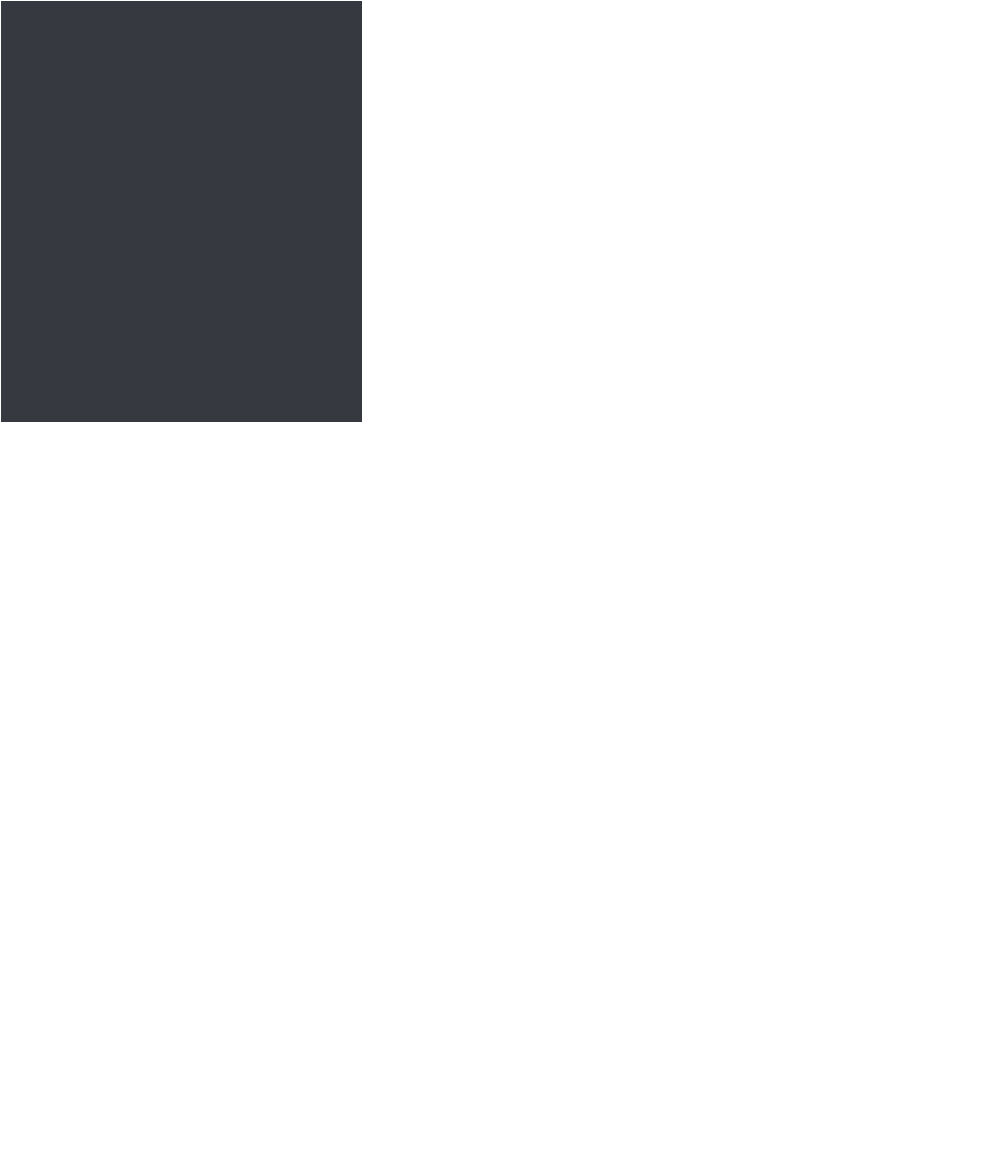
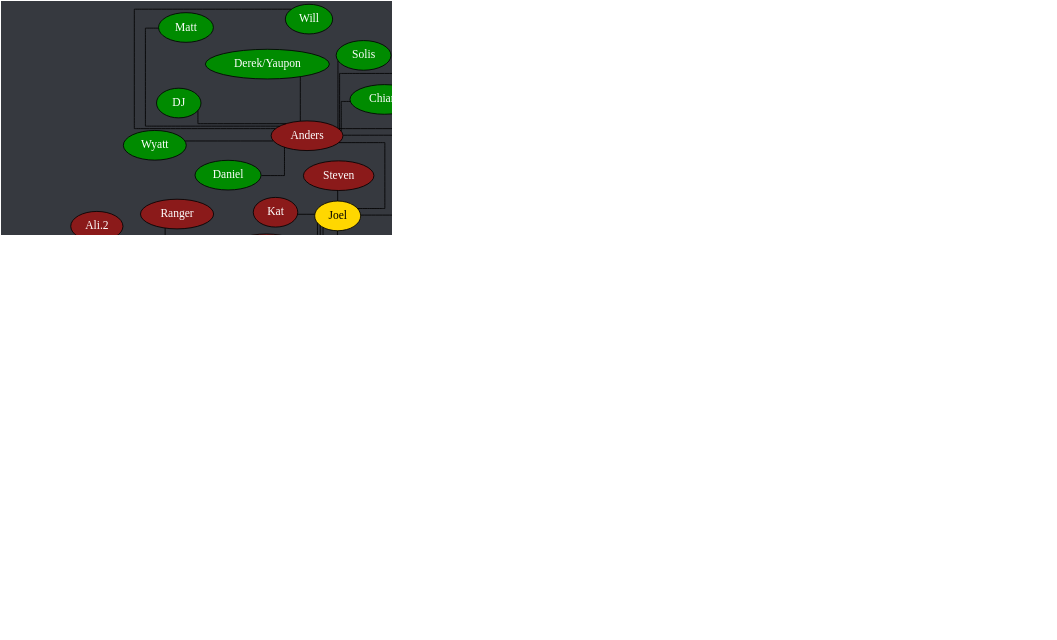
One commit to Documidas/CoronaCatzFamilyTree changed the diagram in tree.dot. Above: the diagram before and after it, drawn with Graphviz. The commit also changed 1 other file, not shown here.

Commit message:
Remove Jade

```diff
--- a/tree.dot
+++ b/tree.dot
@@ -1,161 +1,160 @@
 strict graph {
 	// Layout Configuration
 	layout = neato;
 	dpi = 200;
 	epsilon = 0.01;
 	mode = major;
 	model = subset;
 	overlap = false;
 	splines = ortho;
 	start = rand;
 
 	// Visual Configuration
 	graph [ truecolor=true bgcolor="#36393f" ];
 	node [ style=filled fillcolor="gray" fontcolor="black" ];
 
 	subgraph "Joel" {
 		node [ style=filled fillcolor="firebrick4" fontcolor="white" ];
 		Joel [ style=filled fillcolor="gold" fontcolor="black" ];
 
 		Cayla -- "Ali.2";
 		Cayla -- Jonathan;
 		Cayla -- Kate;
 		Cayla -- Ranger;
 		Joel -- Anders;
 		Joel -- Cayla;
 		Joel -- Conner;
 		Joel -- Jared;
 		Joel -- Kat;
 		Joel -- Patrick;
 		Joel -- Steven;
 		Joel -- Zach;
 	}
 
 	subgraph "Anders" {
 		node [ style=filled fillcolor="green4" fontcolor="white" ];
 		// Anders [ style=filled fillcolor="green4" fontcolor="white" ];
 
 		Anders -- Chiara;
 		Anders -- Cody;
 		Anders -- Daniel;
 		Anders -- "Derek/Yaupon";
 		Anders -- DJ;
 		Anders -- Hahnur;
 		Anders -- Jen;
 		Anders -- Matt;
 		Anders -- Solis;
 		Anders -- Will;
 		Anders -- Wyatt;
 	}
 
 	subgraph "Jared" {
 		node [ style=filled fillcolor="royalblue" fontcolor="black" ];
 		// Jared [ style=filled fillcolor="royalblue" fontcolor="black" ];
 
 		Andrew -- Hannah;
 		Dave -- Everett;
 		Donnie -- Bryan;
 		Donnie -- Michael;
 		Greg -- "Ali.1";
 		Greg -- Andrew;
 		Hannah -- Logan;
 		Isaiah -- "Jack.2";
 		Jared -- Brandi;
 		Jared -- Dave;
 		Jared -- Donnie;
 		Jared -- Fabi;
 		Jared -- Greg;
 		Jared -- Isabelle;
 		Jared -- Mason;
 		Jared -- Mehmet;
 		Jared -- Nam;
 		Jared -- Rin;
 		Jared -- Spencer;
 		Jared -- Tyler;
 		Jared -- "Zach/Laniakea";
 		Jared -- "Zöe";
 		Logan -- Raana;
 		Michael -- Troy;
 		Rin -- Isaiah;
 		Tyler -- America;
 		Tyler -- Gaby;
 		Troy -- Drake;
 		Troy -- Klein;
 	}
 
 	subgraph "Zach/Laniakea" {
 		node [ style=filled fillcolor="#4eff2c" fontcolor="black" ];
 		// "Zach/Laniakea" [ style=filled fillcolor="#4eff2c" fontcolor="black" ];
 
 		"Caio.2" -- "Kyle.1";
 		"Caio.2" -- Lucas;
-		Colin -- Jade;
 		"Zach/Laniakea" -- Allen;
 		"Zach/Laniakea" -- "Caio.2";
 		"Zach/Laniakea" -- Colin;
 		"Zach/Laniakea" -- John;
 		"Zach/Laniakea" -- Kevin;
 		"Zach/Laniakea" -- "Kyle.0";
 		"Zach/Laniakea" -- Mike;
 		"Zach/Laniakea" -- Ryan;
 	}
 
 	subgraph "John" {
 		node [ style=filled fillcolor="#c89b3c" fontcolor="black" ];
 		// John [ style=filled fillcolor="#c89b3c" fontcolor="black" ];
 
 		Haber -- "Derek/Nomad";
 		John -- Anna;
 		John -- Emily;
 		John -- Haber;
 		John -- Jay;
 		John -- Jack;
 		John -- Lara;
 		John -- Monarch;
 		John -- "Oliger/Leanza";
 		John -- Thomas;
 	}
 
 	subgraph "John-stream" {
 		// node [ style=filled fillcolor="#9147ff" fontcolor="black" ];
 		node [ style=filled fillcolor="#c89b3c" fontcolor="black" ];
 
 		John -- Izzy;
 		John -- "Michael/Wheezy";
 		John -- Robby;
 	}
 
 	subgraph "Thomas" {
 		node [ style=filled fillcolor="#b04900" fontcolor="black" ];
 		// Thomas [ style=filled fillcolor="#b04900" fontcolor="black" ];
 
 		Thomas -- Alex;
 		Thomas -- JD;
 		Thomas -- Josh;
 		Thomas -- Juan;
 		Thomas -- Taylor;
 		Thomas -- Tony;
 		Thomas -- Travis;
 	}
 
 	subgraph "Alex" {
 		node [ style=filled fillcolor="#6f2da8" fontcolor="white" ];
 		// Alex [ style=filled fillcolor="#6f2da8" fontcolor="black" ];
 
 		Alex -- "Alex/Blitt";
 		Alex -- "Da'Von";
 		Alex -- Sam;
 		"Alex/Blitt" -- Alan;
 		"Alex/Blitt" -- "Alex the 3rd";
 		"Alex/Blitt" -- Carlos;
 		"Alex/Blitt" -- Gabe;
 		"Alex/Blitt" -- "Kyle.3";
 		"Alex/Blitt" -- "Josh/Perfectly";
 		"Da'Von" -- Dalton;
 		"Da'Von" -- Kuri;
 		"Da'Von" -- Zellar;
 		Dalton -- Graysen;
 		Kuri -- Drew;
 		Kuri -- Jon;
 	}
 }
```
